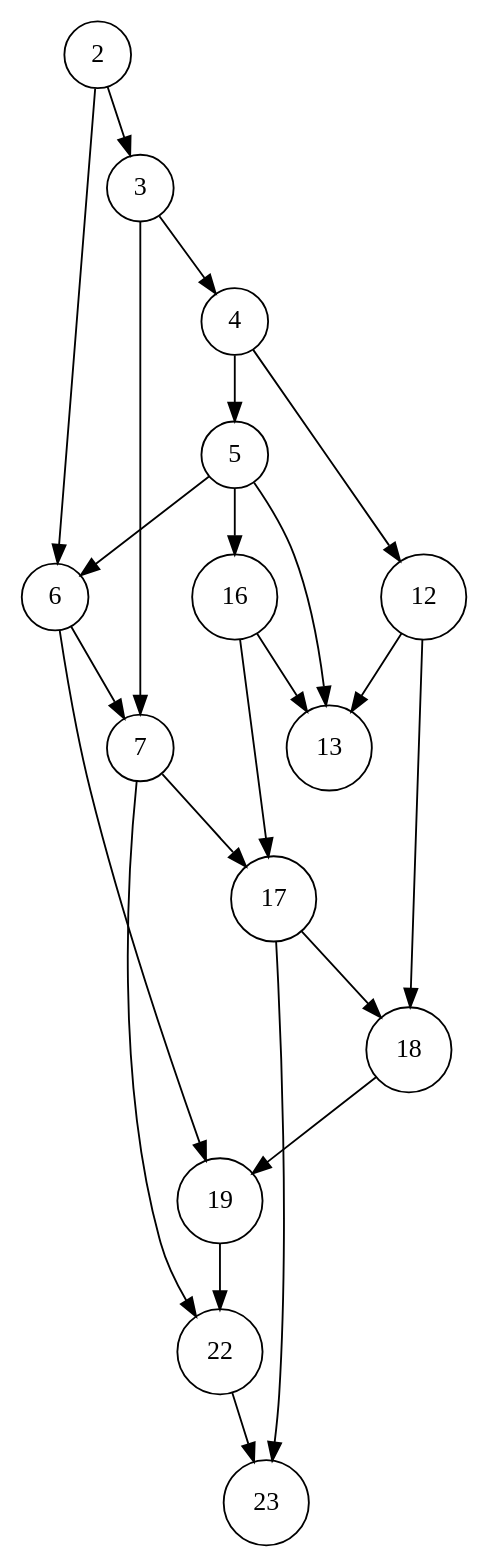
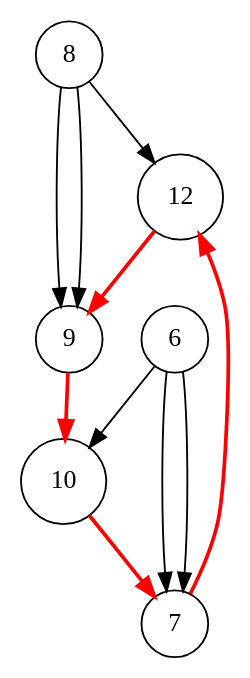
One commit to gintskk/execution-log-parser changed the diagram in execution_2.dot. Above: the diagram before and after it, drawn with Graphviz. The commit also changed 19 other files, not shown here.

```diff
--- a/execution_2.dot
+++ b/execution_2.dot
@@ -1,25 +1,14 @@
 digraph execution {
   node [shape=circle];
-  19 -> 22;
-  22 -> 23;
-  4 -> 5;
-  4 -> 12;
-  3 -> 4;
-  3 -> 7;
-  7 -> 22;
-  7 -> 17;
-  18 -> 19;
-  2 -> 3;
-  2 -> 6;
-  12 -> 13;
-  12 -> 18;
+  12 -> 9 [color=red, penwidth=2.0];
+  10 -> 7 [color=red, penwidth=2.0];
+  7 -> 12 [color=red, penwidth=2.0];
   6 -> 7;
-  6 -> 19;
-  17 -> 18;
-  17 -> 23;
-  5 -> 6;
-  5 -> 16;
-  5 -> 13;
-  16 -> 17;
-  16 -> 13;
+  6 -> 10;
+  6 -> 7;
+  9 -> 10 [color=red, penwidth=2.0];
+  8 -> 9;
+  8 -> 12;
+  8 -> 9;
+  {node [style=filled, fillcolor=lightpink] 12 9 10 7 12 }
 }
```
